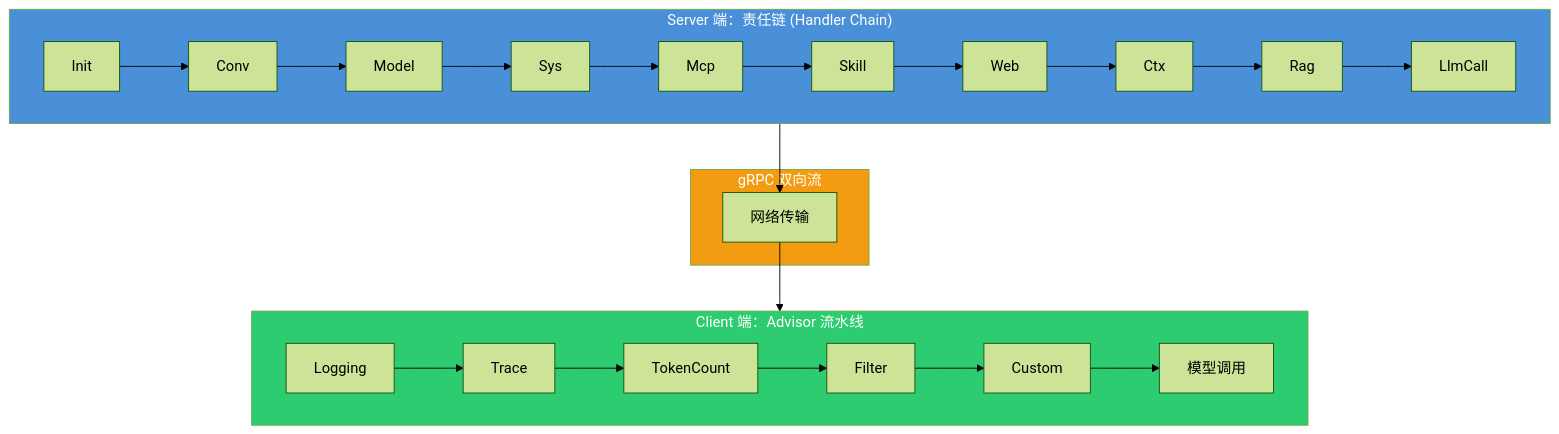
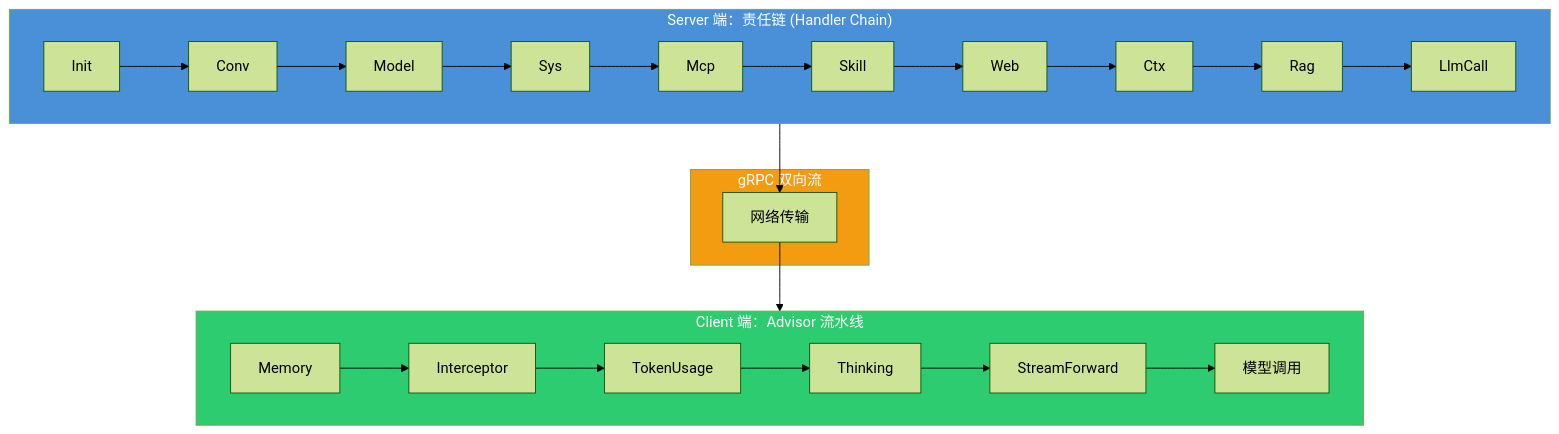
One commit to aizuda/snail-ai changed diagram 18 of 18 in docs/architecture/agent-chain.md. Above: the diagram before and after it, drawn with Mermaid (forest theme). The commit also changed other lines of this file and 41 other files, not shown here.

````diff
--- a/docs/architecture/agent-chain.md
+++ b/docs/architecture/agent-chain.md
@@ -509,27 +507,27 @@
 ```mermaid
 graph TB
     subgraph ServerSide["Server 端：责任链 (Handler Chain)"]
         direction LR
         H1["Init"] --> H2["Conv"] --> H3["Model"] --> H4["Sys"]
         H4 --> H5["Mcp"] --> H6["Skill"] --> H7["Web"]
         H7 --> H8["Ctx"] --> H9["Rag"] --> H10["LlmCall"]
     end
 
     subgraph Network["gRPC 双向流"]
         GRPC["网络传输"]
     end
 
     subgraph ClientSide["Client 端：Advisor 流水线"]
         direction LR
-        A1["Logging"] --> A2["Trace"] --> A3["TokenCount"]
-        A3 --> A4["Filter"] --> A5["Custom"]
+        A1["Memory"] --> A2["Interceptor"] --> A3["TokenUsage"]
+        A3 --> A4["Thinking"] --> A5["StreamForward"]
         A5 --> CALL["模型调用"]
     end
 
     H10 --> GRPC
     GRPC --> A1
 
     style ServerSide fill:#4a90d9,color:#fff
     style ClientSide fill:#2ecc71,color:#fff
     style Network fill:#f39c12,color:#fff
 ```
````
